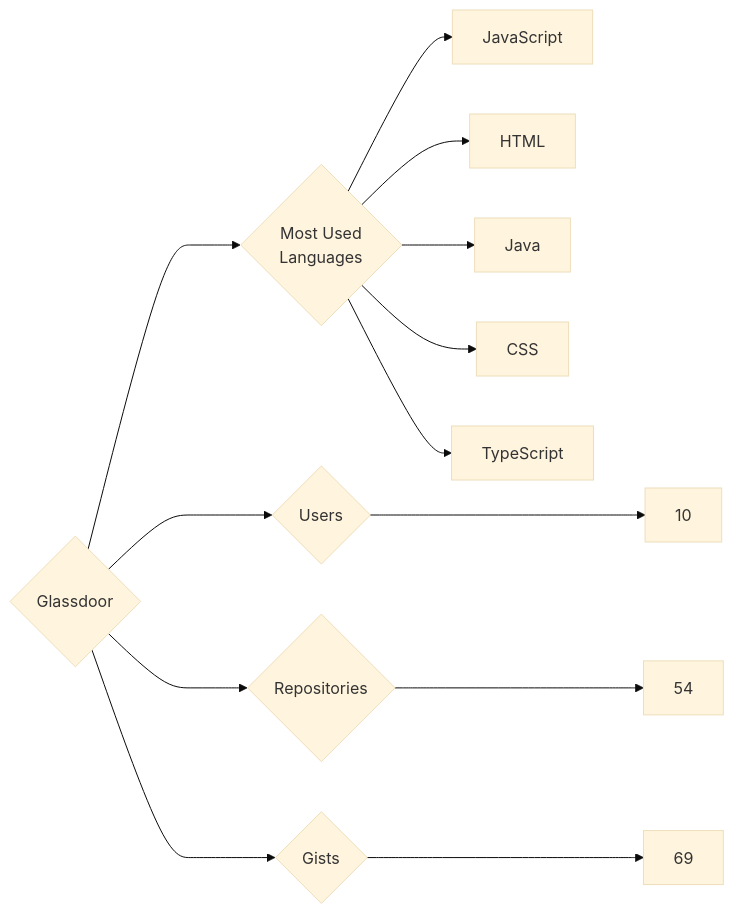
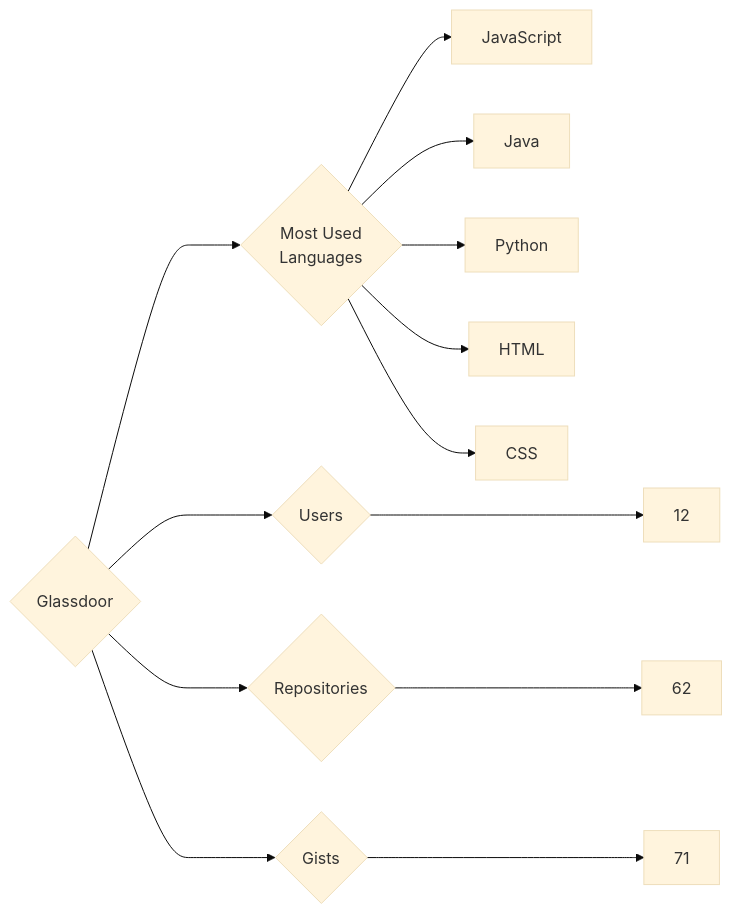
Before and after one commit to trickest/insiders: the diagram in targets/Glassdoor/README.md, drawn with Mermaid (base theme). The commit also changed 951 other files, not shown here.

````diff
--- a/targets/Glassdoor/README.md
+++ b/targets/Glassdoor/README.md
@@ -3,13 +3,13 @@
 ```mermaid
 graph LR
 COMPANY_NAME{Glassdoor}
-COMPANY_NAME ---> U{Users} ---> UN[10]
-COMPANY_NAME ---> R{Repositories} ---> RN[54]
-COMPANY_NAME ---> G{Gists} ---> GN[69]
+COMPANY_NAME ---> U{Users} ---> UN[12]
+COMPANY_NAME ---> R{Repositories} ---> RN[62]
+COMPANY_NAME ---> G{Gists} ---> GN[71]
 COMPANY_NAME ---> ML{Most Used<br>Languages}
-ML --> JavaScript
-ML --> HTML
-ML --> Java
-ML --> CSS
-ML --> TypeScript
+ML --> JavaScript[JavaScript]
+ML --> Java[Java]
+ML --> Python[Python]
+ML --> HTML[HTML]
+ML --> CSS[CSS]
 ```
````
